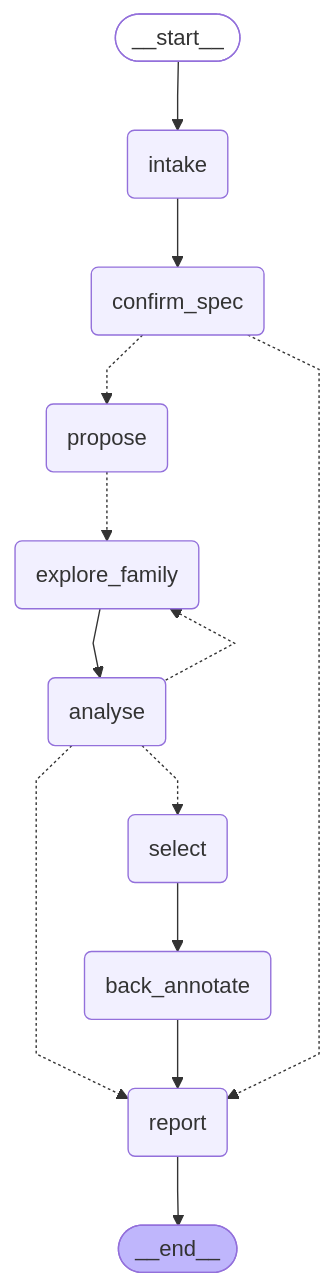
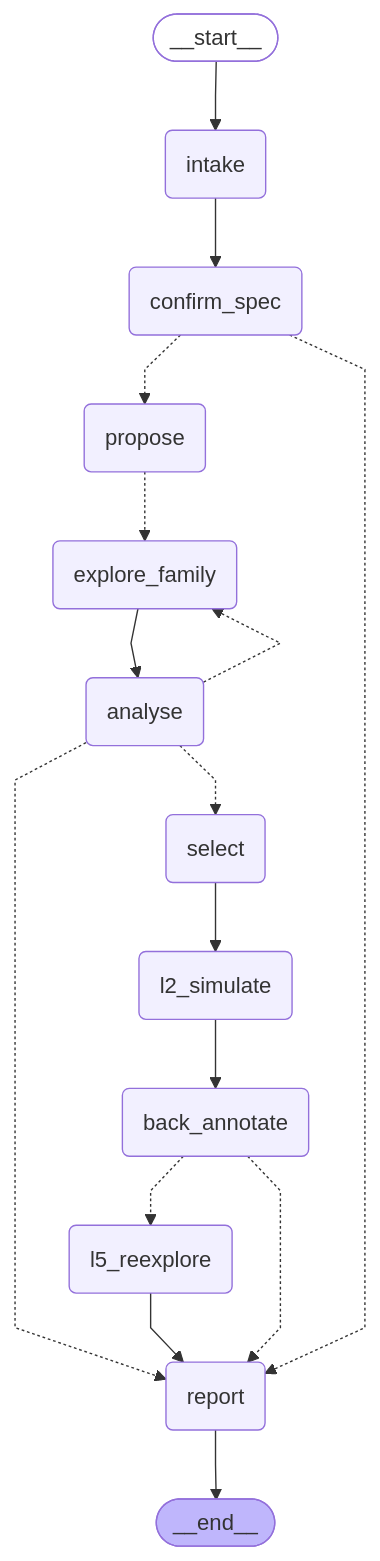
The diagram in README.md (BrendanJamesLynskey/HW_Design_Space_Agent), drawn with Mermaid before and after one commit. The commit also changed other lines of this file and 649 other files, not shown here.

````diff
--- a/README.md
+++ b/README.md
@@ -81,34 +90,39 @@
 ```mermaid
 ---
 config:
   flowchart:
     curve: linear
 ---
 graph TD;
 	__start__([<p>__start__</p>]):::first
 	intake(intake)
 	confirm_spec(confirm_spec)
 	propose(propose)
 	explore_family(explore_family)
 	analyse(analyse)
 	select(select)
+	l2_simulate(l2_simulate)
 	back_annotate(back_annotate)
+	l5_reexplore(l5_reexplore)
 	report(report)
 	__end__([<p>__end__</p>]):::last
 	__start__ --> intake;
 	analyse -.-> explore_family;
 	analyse -.-> report;
 	analyse -.-> select;
-	back_annotate --> report;
+	back_annotate -.-> l5_reexplore;
+	back_annotate -.-> report;
 	confirm_spec -.-> propose;
 	confirm_spec -.-> report;
 	explore_family --> analyse;
 	intake --> confirm_spec;
+	l2_simulate --> back_annotate;
+	l5_reexplore --> report;
 	propose -.-> explore_family;
-	select --> back_annotate;
+	select --> l2_simulate;
 	report --> __end__;
 	classDef default fill:#f2f0ff,line-height:1.2
 	classDef first fill-opacity:0
 	classDef last fill:#bfb6fc
 
 ```
````
